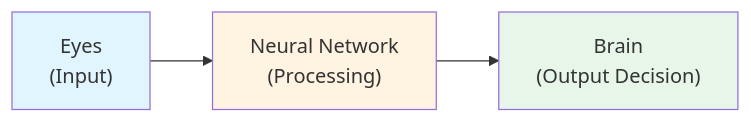
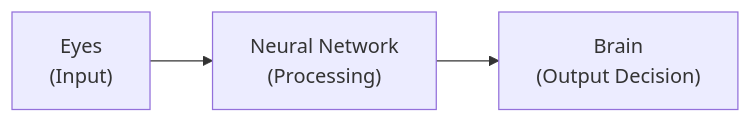
The second of 5 diagrams in DL Revision/02-Perceptron-and-Neural-Networks.md (nishant-iith/Learning-AI-ML), drawn with Mermaid before and after one commit. The commit also changed other lines of this file, not shown here.

First line of the commit message:
Remove color styling from mermaid diagrams in Chapter 2

````diff
--- a/DL Revision/02-Perceptron-and-Neural-Networks.md
+++ b/DL Revision/02-Perceptron-and-Neural-Networks.md
@@ -57,9 +51,5 @@
 ```mermaid
 graph LR
     A["Eyes<br/>(Input)"] --> B["Neural Network<br/>(Processing)"]
     B --> C["Brain<br/>(Output Decision)"]
-
-    style A fill:#e1f5ff
-    style B fill:#fff4e1
-    style C fill:#e8f5e9
 ```
````
